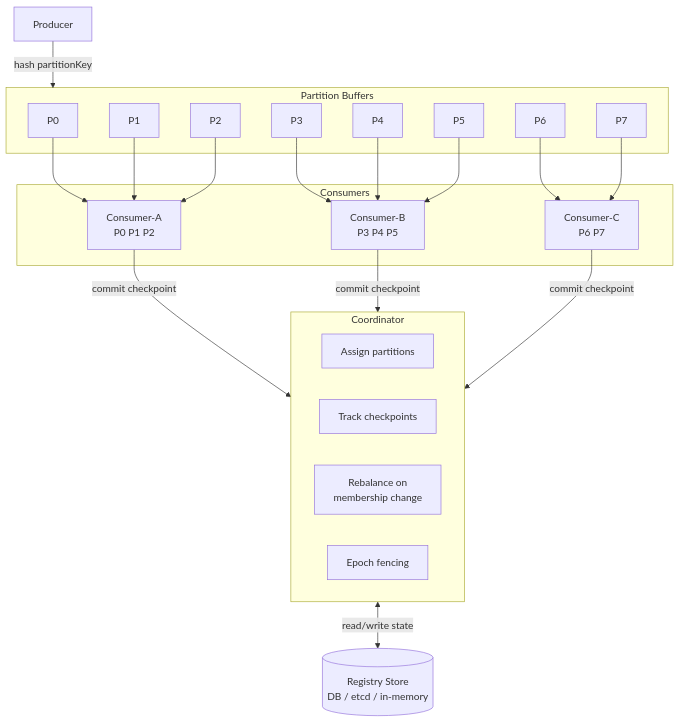
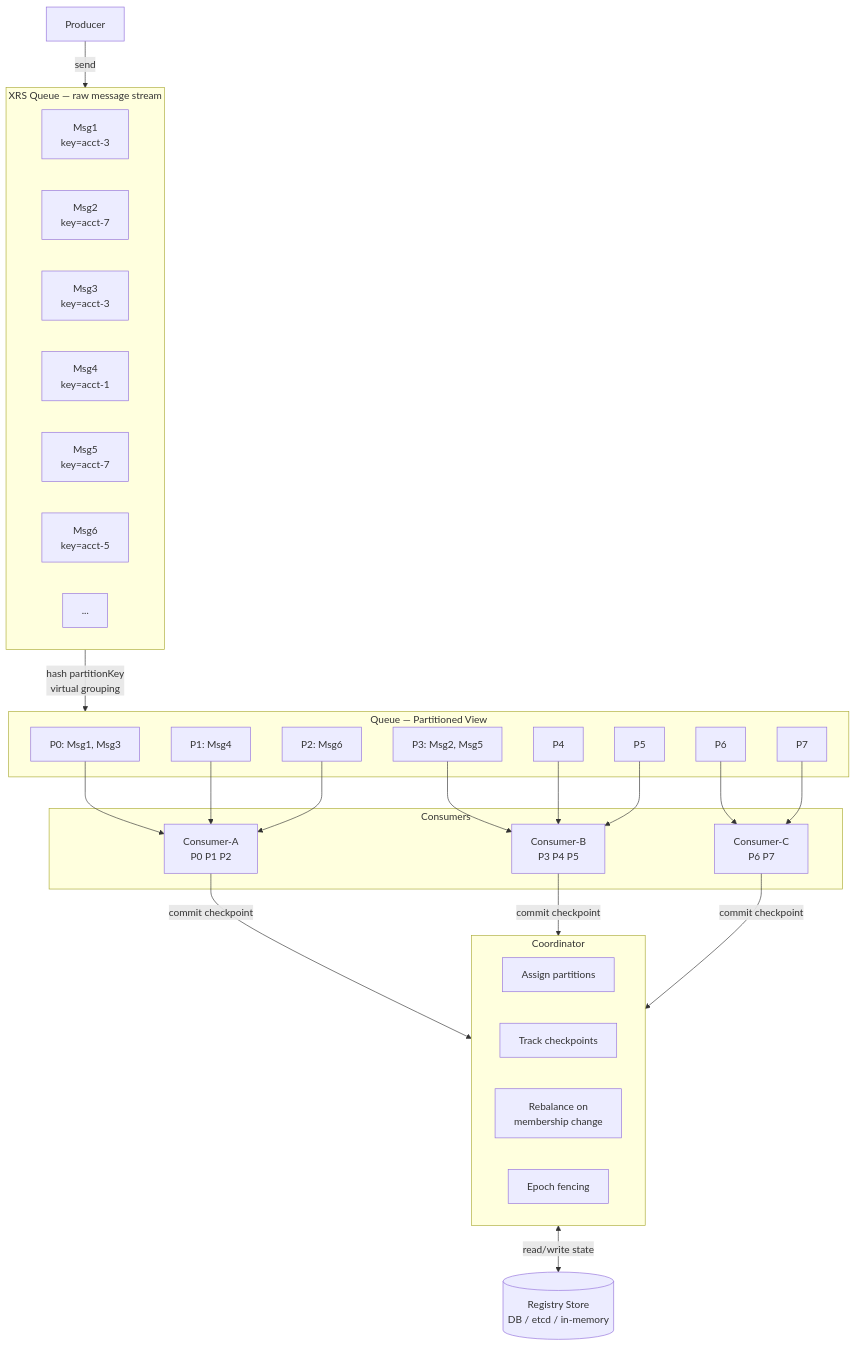
Before and after one commit to Prashant2603/pxrs: the second of 2 diagrams in doc/email-rnd-partitioning-proposal.md, drawn with Mermaid.

Commit message:
Show raw queue stream above partitioned view in architecture diagram
Adds a top-level XRS Queue layer showing raw messages with keys,
then the virtual partitioned grouping below it, making it clear
that partitioning is a logical grouping over the same queue.

````diff
--- a/doc/email-rnd-partitioning-proposal.md
+++ b/doc/email-rnd-partitioning-proposal.md
@@ -73,37 +73,50 @@
 ```mermaid
 flowchart TB
-    P[Producer] -->|hash partitionKey| PB
+    P[Producer] -->|send| Q
 
-    subgraph PB[Partition Buffers]
-        P0[P0]
-        P1[P1]
-        P2[P2]
-        P3[P3]
+    subgraph Q[XRS Queue — raw message stream]
+        direction LR
+        M1[Msg1\nkey=acct-3]
+        M2[Msg2\nkey=acct-7]
+        M3[Msg3\nkey=acct-3]
+        M4[Msg4\nkey=acct-1]
+        M5[Msg5\nkey=acct-7]
+        M6[Msg6\nkey=acct-5]
+        M7[...]
+    end
+
+    Q -->|hash partitionKey\nvirtual grouping| VPQ
+
+    subgraph VPQ[Queue — Partitioned View]
+        P0[P0: Msg1, Msg3]
+        P1[P1: Msg4]
+        P2[P2: Msg6]
+        P3[P3: Msg2, Msg5]
         P4[P4]
         P5[P5]
         P6[P6]
         P7[P7]
     end
 
     subgraph Consumers
         CA[Consumer-A\nP0 P1 P2]
         CB[Consumer-B\nP3 P4 P5]
         CC[Consumer-C\nP6 P7]
     end
 
     P0 & P1 & P2 --> CA
     P3 & P4 & P5 --> CB
     P6 & P7 --> CC
 
     CA & CB & CC -->|commit checkpoint| COORD
 
     subgraph COORD[Coordinator]
         direction LR
         ASSIGN[Assign partitions]
         CKP[Track checkpoints]
         REBAL[Rebalance on\nmembership change]
         FENCE[Epoch fencing]
     end
 
     COORD <-->|read/write state| STORE[(Registry Store\nDB / etcd / in-memory)]
 ```
````
